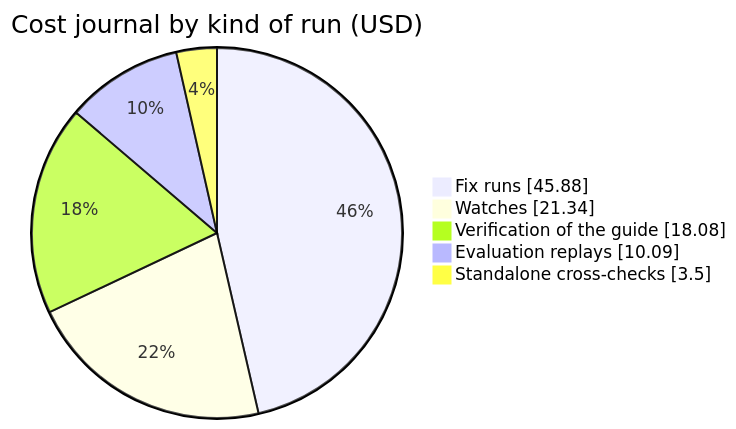
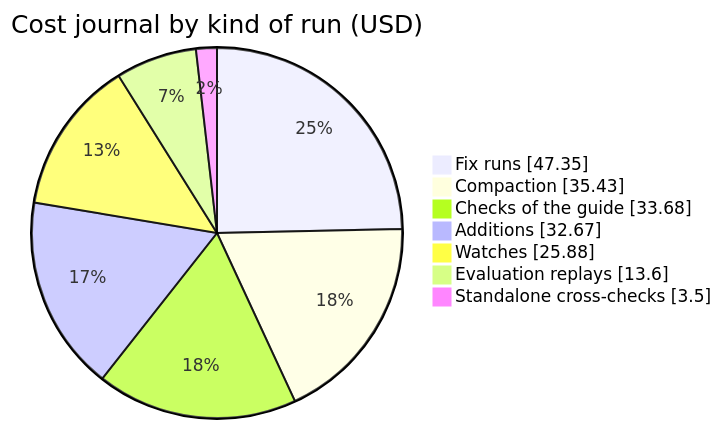
The fourth of 5 diagrams in docs/presentation.md (DamienBecherini/vault-watch-agent), drawn with Mermaid before and after one commit. The commit also changed other lines of this file and 27 other files, not shown here.

````diff
--- a/docs/presentation.md
+++ b/docs/presentation.md
@@ -136,9 +146,11 @@
 ```mermaid
 pie showData
   title Cost journal by kind of run (USD)
-  "Fix runs" : 45.88
-  "Watches" : 21.34
-  "Verification of the guide" : 18.08
-  "Evaluation replays" : 10.09
+  "Fix runs" : 47.35
+  "Compaction" : 35.43
+  "Checks of the guide" : 33.68
+  "Additions" : 32.67
+  "Watches" : 25.88
+  "Evaluation replays" : 13.60
   "Standalone cross-checks" : 3.50
 ```
````
